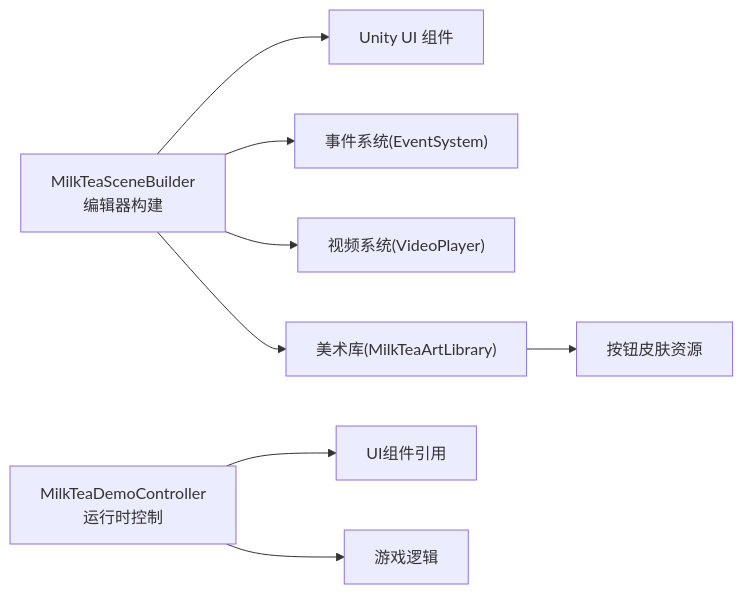
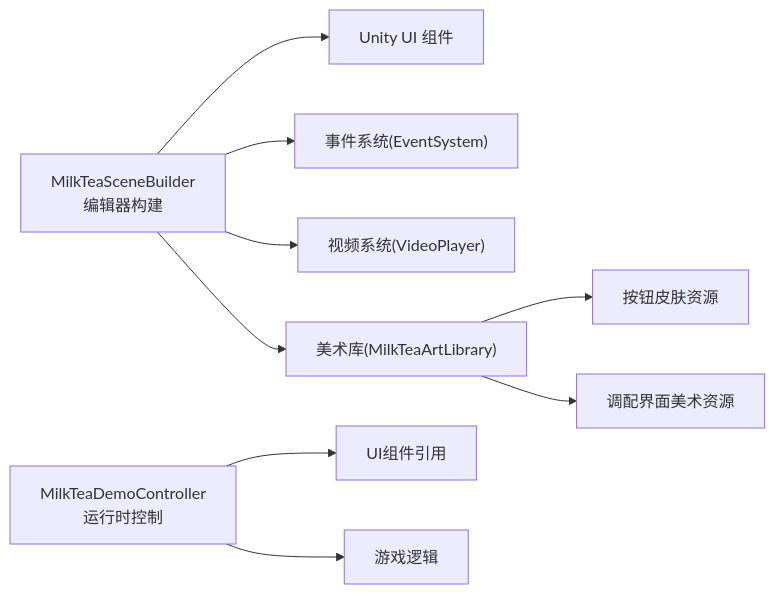
Before and after one commit to Thanatos42/-demo: the fifth of 5 diagrams in .qoder/repowiki/zh/content/核心系统详解/UI系统架构.md, drawn with Mermaid. The commit also changed other lines of this file and 34 other files, not shown here.

````diff
--- a/.qoder/repowiki/zh/content/核心系统详解/UI系统架构.md
+++ b/.qoder/repowiki/zh/content/核心系统详解/UI系统架构.md
@@ -373,10 +391,11 @@
 ```mermaid
 graph LR
 Builder["MilkTeaSceneBuilder<br/>编辑器构建"] --> UnityUI["Unity UI 组件"]
 Builder --> EventSys["事件系统(EventSystem)"]
 Builder --> Video["视频系统(VideoPlayer)"]
 Builder --> ArtLib["美术库(MilkTeaArtLibrary)"]
 Controller["MilkTeaDemoController<br/>运行时控制"] --> UIRefs["UI组件引用"]
 Controller --> GameLogic["游戏逻辑"]
 ArtLib --> ButtonSkins["按钮皮肤资源"]
+ArtLib --> MixingAssets["调配界面美术资源"]
 ```
````
